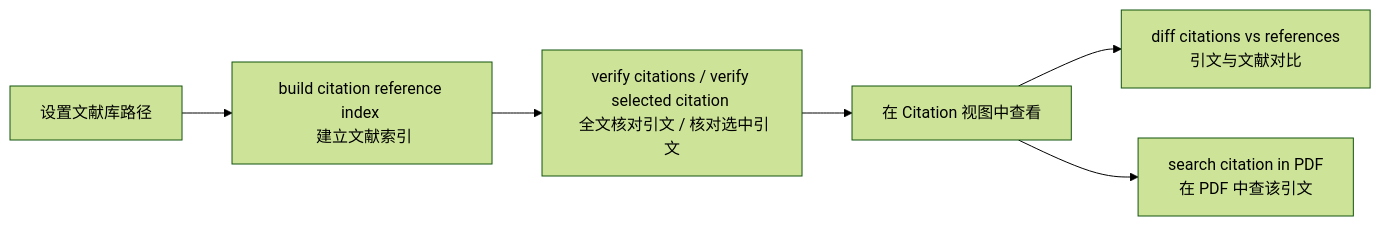
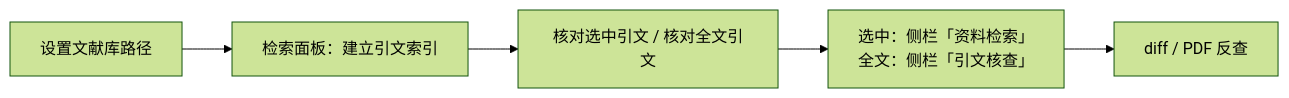
The fifth of 5 diagrams in docs/commands-cheatsheet.md (Fusyong/ai-proofread-vscode-extension), drawn with Mermaid (forest theme) before and after one commit. The commit also changed other lines of this file and 1 other file, not shown here.

````diff
--- a/docs/commands-cheatsheet.md
+++ b/docs/commands-cheatsheet.md
@@ -212,8 +218,7 @@
 ```mermaid
 flowchart LR
-    A["设置文献库路径"] --> B["build citation reference index <br> 建立文献索引"]
-    B --> C["verify citations / verify selected citation <br> 全文核对引文 / 核对选中引文"]
-    C --> D["在 Citation 视图中查看"]
-    D --> E["diff citations vs references <br> 引文与文献对比"]
-    D --> F["search citation in PDF <br> 在 PDF 中查该引文"]
+    A["设置文献库路径"] --> B["检索面板：建立引文索引"]
+    B --> C["核对选中引文 / 核对全文引文"]
+    C --> D["选中：侧栏「资料检索」<br/>全文：侧栏「引文核查」"]
+    D --> E["diff / PDF 反查"]
 ```
````
